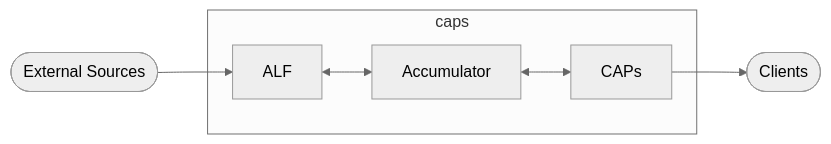
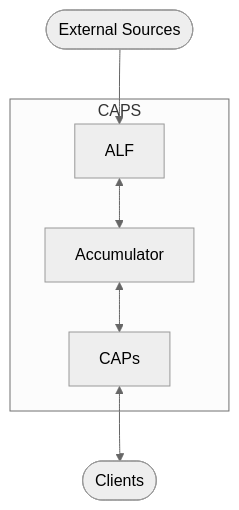
The diagram in README.md (dasalgadoc/DCX), drawn with Mermaid (neutral theme) before and after one commit.

````diff
--- a/README.md
+++ b/README.md
@@ -9,16 +9,16 @@
 ```mermaid
   
-  flowchart LR
+  flowchart TB
     
-    subgraph caps
+    subgraph CAPS
       ALF <--> Accumulator
       Accumulator <--> CAPs
     end
     
     id1([External Sources]) --> ALF
-    CAPs --> id2([Clients])
+    CAPs <--> id2([Clients])
    
-    click ALF "http://www.google.com.co" _blank
+    click ALF "http://www.google.com.co" "Open this in a new tab" _blank
     
   
 ```
````
